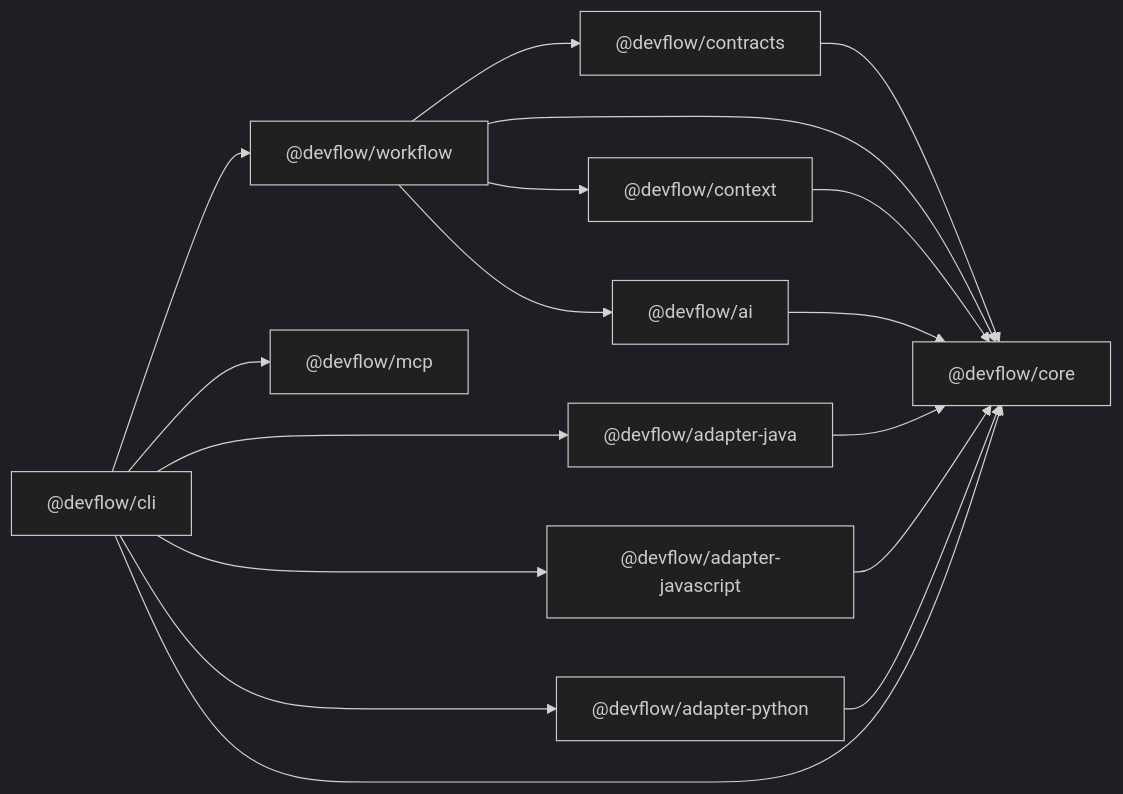
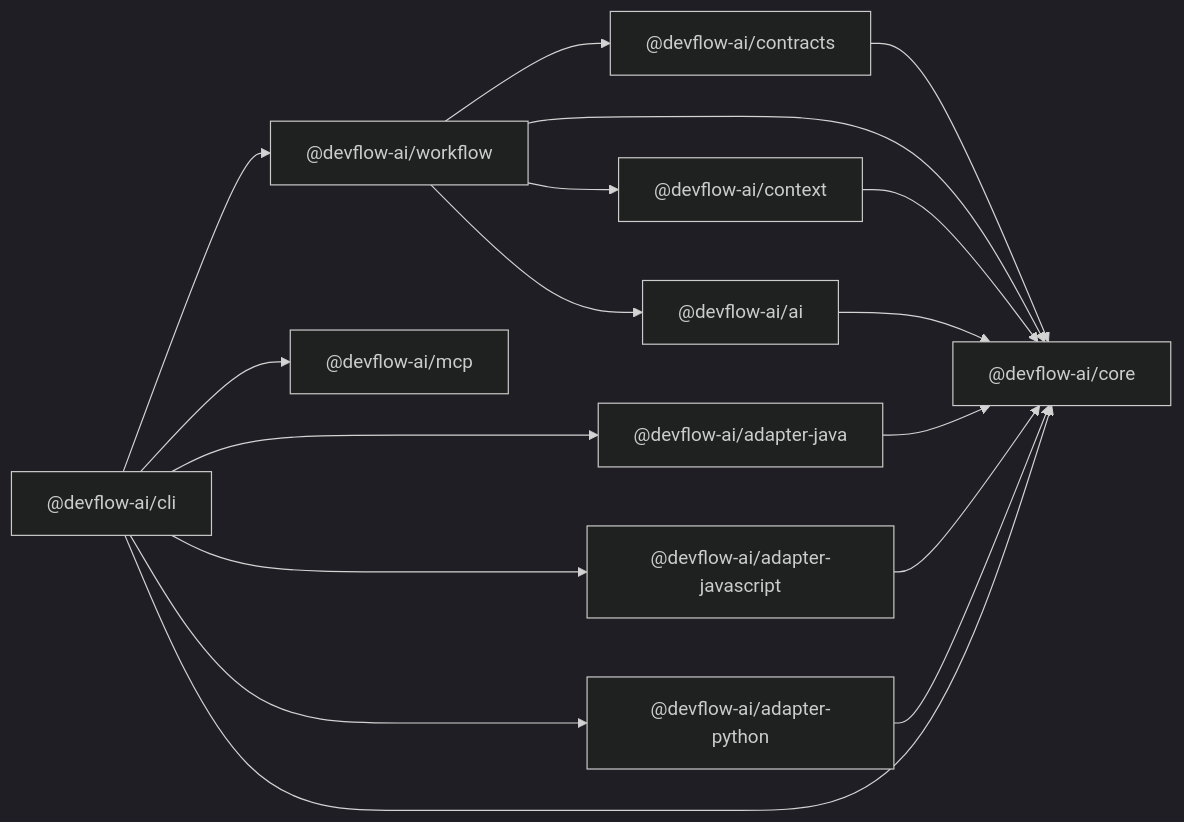
Before and after one commit to mohamedyangui/DevFlow: the diagram in docs/architecture/overview.md, drawn with Mermaid (dark theme). The commit also changed other lines of this file and 222 other files, not shown here.

First line of the commit message:
npm publication: one bundled @devflow-ai/cli package (0.2.0)

````diff
--- a/docs/architecture/overview.md
+++ b/docs/architecture/overview.md
@@ -37,19 +37,19 @@
 ```mermaid
 flowchart LR
-  cli["@devflow/cli"] --> workflow["@devflow/workflow"]
-  cli --> java["@devflow/adapter-java"]
-  cli --> js["@devflow/adapter-javascript"]
-  cli --> py["@devflow/adapter-python"]
-  workflow --> context["@devflow/context"]
-  workflow --> ai["@devflow/ai"]
-  workflow --> contracts["@devflow/contracts"]
+  cli["@devflow-ai/cli"] --> workflow["@devflow-ai/workflow"]
+  cli --> java["@devflow-ai/adapter-java"]
+  cli --> js["@devflow-ai/adapter-javascript"]
+  cli --> py["@devflow-ai/adapter-python"]
+  workflow --> context["@devflow-ai/context"]
+  workflow --> ai["@devflow-ai/ai"]
+  workflow --> contracts["@devflow-ai/contracts"]
   contracts --> core
-  workflow --> core["@devflow/core"]
+  workflow --> core["@devflow-ai/core"]
   context --> core
   ai --> core
   java --> core
   js --> core
   py --> core
   cli --> core
-  cli --> mcp["@devflow/mcp"]
+  cli --> mcp["@devflow-ai/mcp"]
 ```
````
